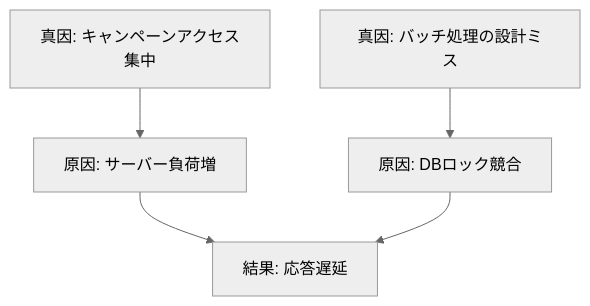
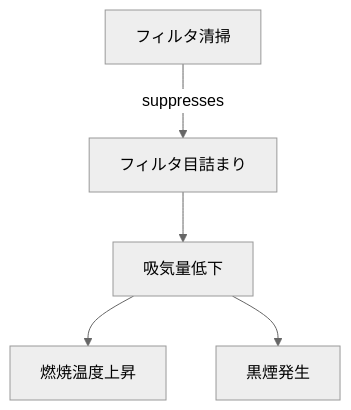
Before and after one commit to kawadone121/genai-research: the third of 3 diagrams in README.md, drawn with Mermaid (neutral theme). The commit also changed other lines of this file, not shown here.

````diff
--- a/README.md
+++ b/README.md
@@ -90,7 +97,9 @@
 ```mermaid
 graph TD
-    Cause1[原因: サーバー負荷増] --> Event[結果: 応答遅延]
-    Cause2[原因: DBロック競合] --> Event
-    Root1[真因: キャンペーンアクセス集中] --> Cause1
-    Root2[真因: バッチ処理の設計ミス] --> Cause2
+    Root[フィルタ目詰まり] --> Cause[吸気量低下]
+    Cause --> Symptom1[燃焼温度上昇]
+    Cause --> Symptom2[黒煙発生]
+    
+    %% 介入の推論
+    Action[フィルタ清掃] -- suppresses --> Root
 ```
````
